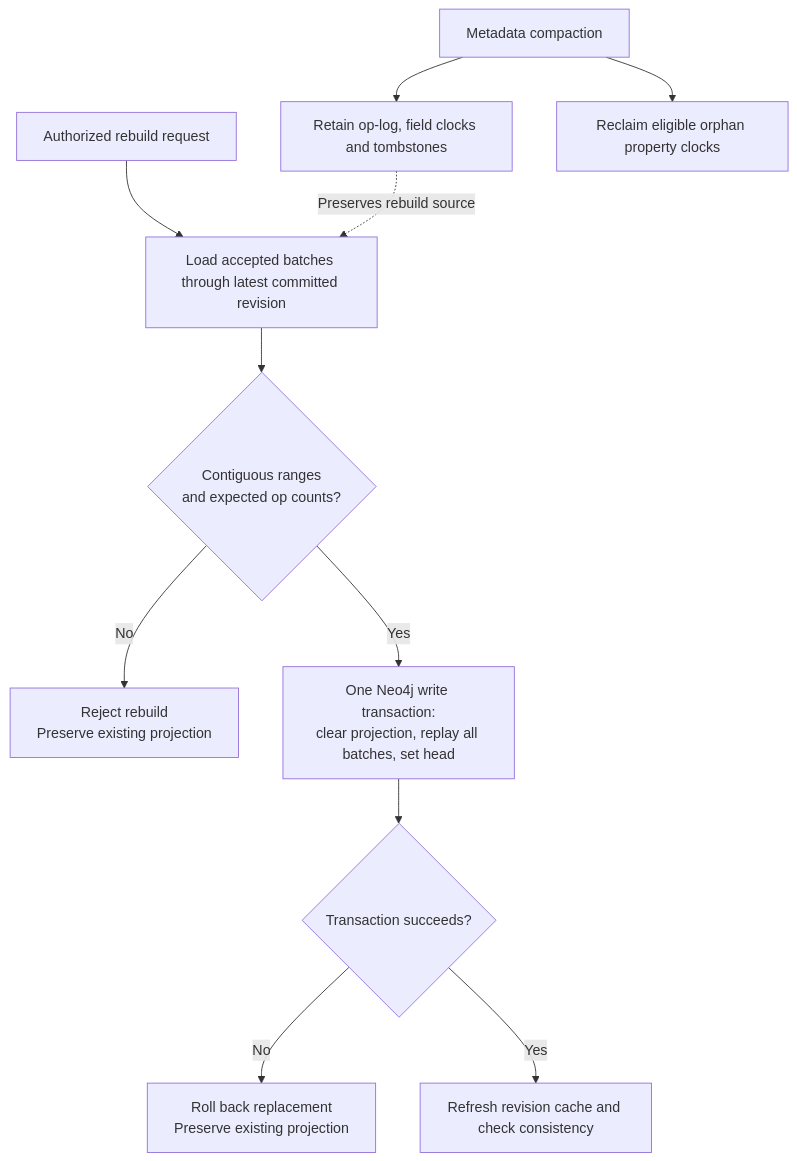
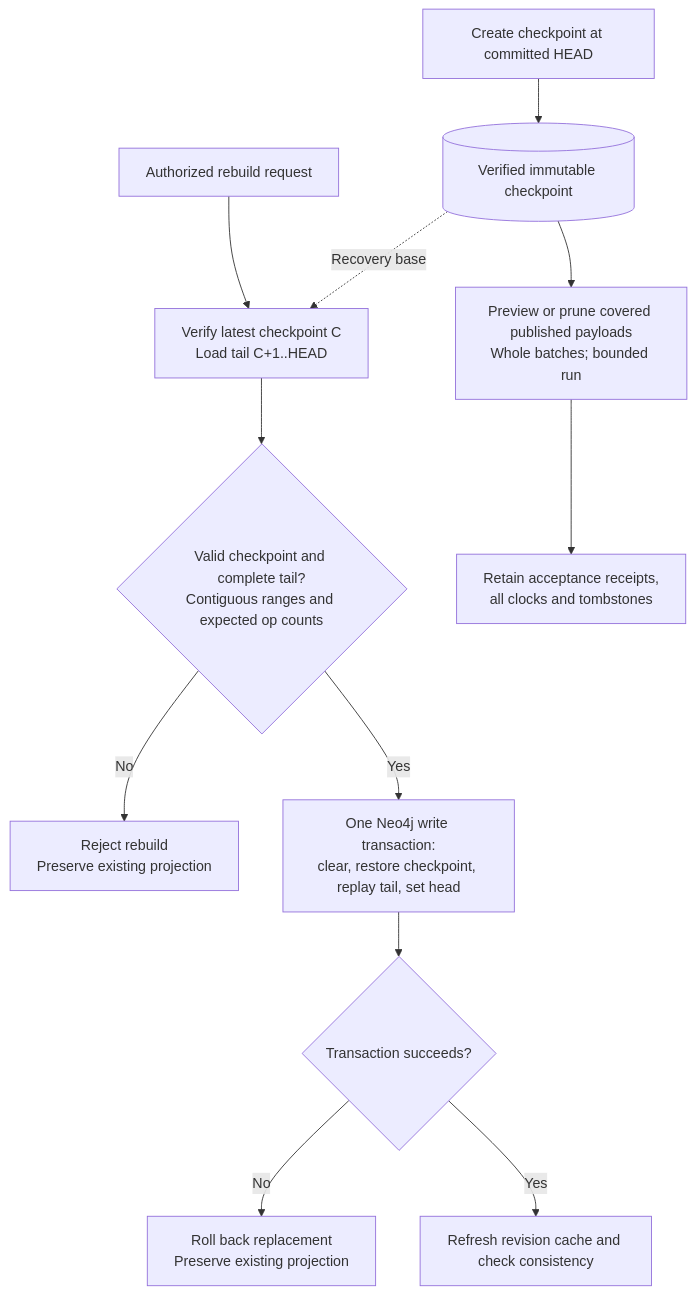
One commit to FrodeRanders/archimesh changed the seventh of 7 diagrams in architecture.md. Above: the diagram before and after it, drawn with Mermaid. The commit also changed other lines of this file and 37 other files, not shown here.

Commit message:
Add checkpoint-based payload pruning and recovery

````diff
--- a/architecture.md
+++ b/architecture.md
@@ -635,13 +637,14 @@
 ```mermaid
 flowchart TB
-    Rebuild["Authorized rebuild request"] --> Load["Load accepted batches through latest committed revision"]
-    Load --> Complete{"Contiguous ranges<br/>and expected op counts?"}
+    Rebuild["Authorized rebuild request"] --> Load["Verify latest checkpoint C<br/>Load tail C+1..HEAD"]
+    Load --> Complete{"Valid checkpoint and complete tail?<br/>Contiguous ranges and expected op counts"}
     Complete -->|"No"| Reject["Reject rebuild<br/>Preserve existing projection"]
-    Complete -->|"Yes"| Tx["One Neo4j write transaction:<br/>clear projection, replay all batches, set head"]
+    Complete -->|"Yes"| Tx["One Neo4j write transaction:<br/>clear, restore checkpoint, replay tail, set head"]
     Tx --> Result{"Transaction succeeds?"}
     Result -->|"No"| Rollback["Roll back replacement<br/>Preserve existing projection"]
     Result -->|"Yes"| Check["Refresh revision cache and check consistency"]
-    Compact["Metadata compaction"] --> Keep["Retain op-log, field clocks and tombstones"]
-    Compact --> Orphans["Reclaim eligible orphan property clocks"]
-    Keep -.->|"Preserves rebuild source"| Load
+    Capture["Create checkpoint at committed HEAD"] --> Durable[("Verified immutable checkpoint")]
+    Durable --> Compact["Preview or prune covered published payloads<br/>Whole batches; bounded run"]
+    Compact --> Keep["Retain acceptance receipts,<br/>all clocks and tombstones"]
+    Durable -.->|"Recovery base"| Load
 ```
````
